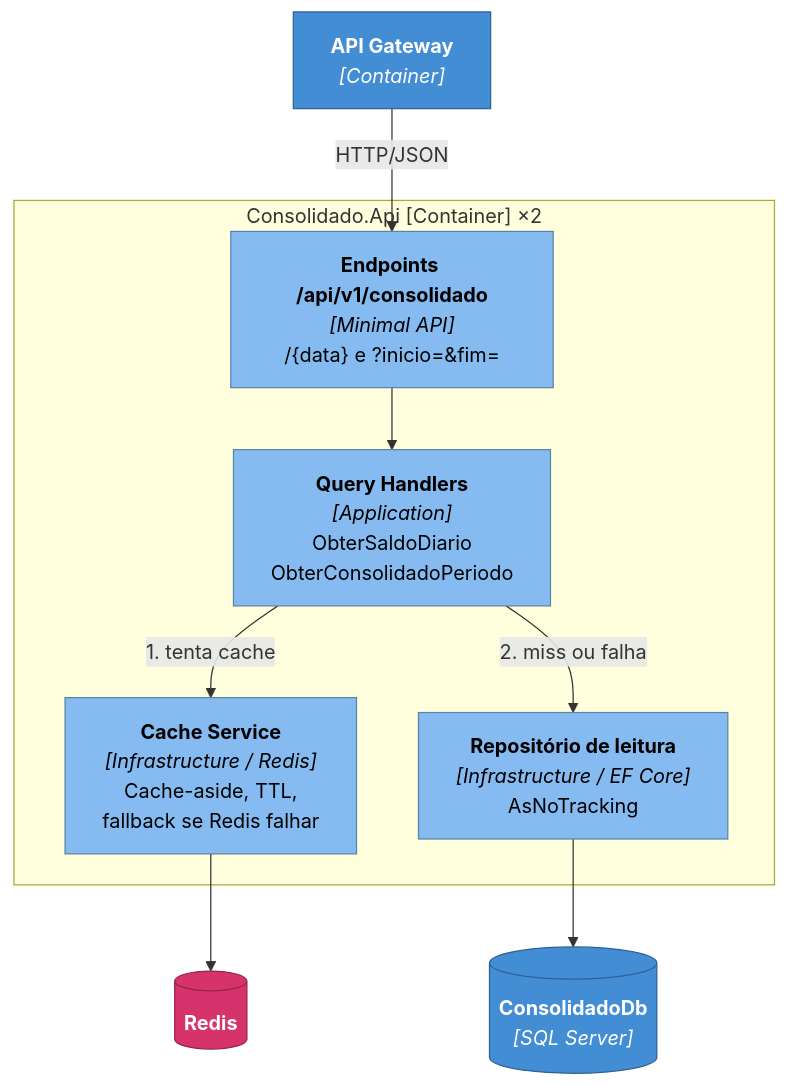
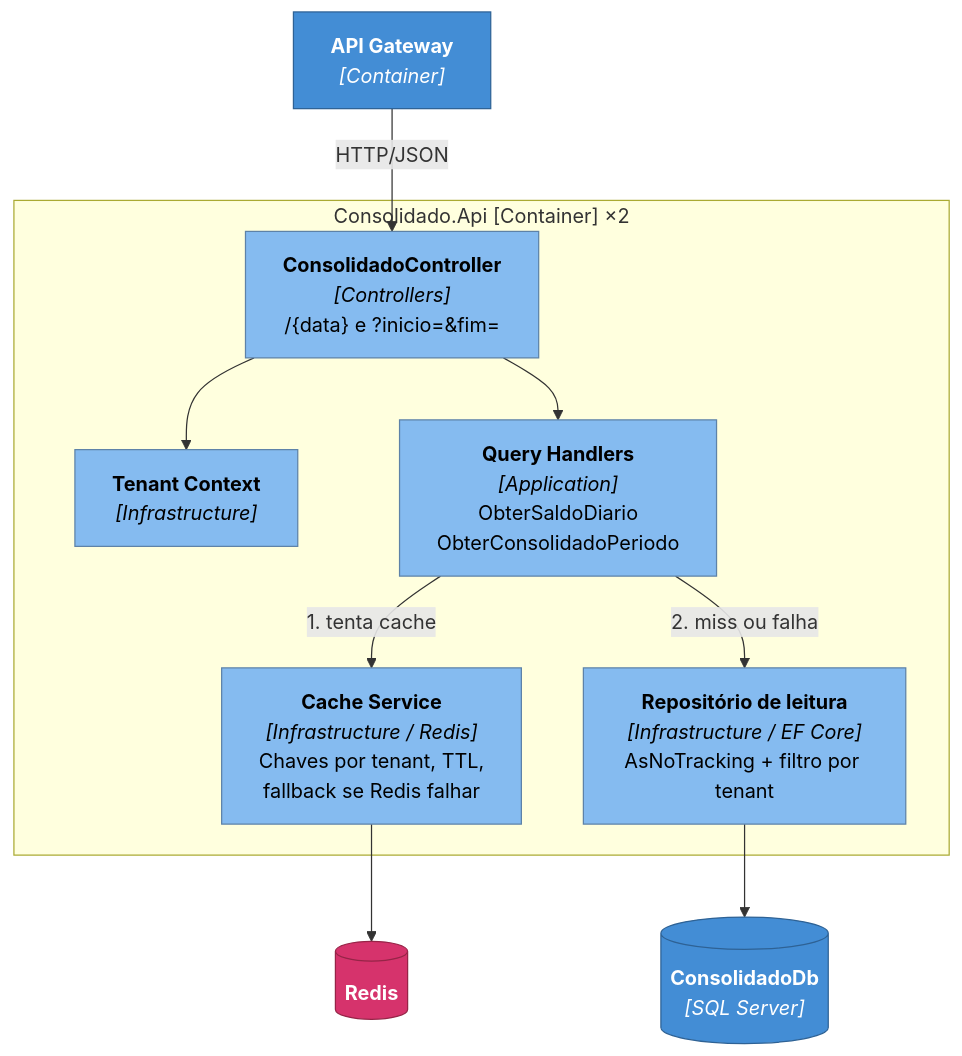
Before and after one commit to igorwaterloo/Verx-desafio20260922: the fifth of 6 diagrams in docs/architecture/c4-3-componentes.md, drawn with Mermaid. The commit also changed other lines of this file and 3 other files, not shown here.

First line of the commit message:
docs(c4): atualiza diagramas para SaaS

````diff
--- a/docs/architecture/c4-3-componentes.md
+++ b/docs/architecture/c4-3-componentes.md
@@ -82,28 +164,30 @@
 ```mermaid
 flowchart TB
     gateway["<b>API Gateway</b><br/><i>[Container]</i>"]
 
     subgraph capi["Consolidado.Api [Container] ×2"]
-        endpoints["<b>Endpoints /api/v1/consolidado</b><br/><i>[Minimal API]</i><br/>/{data} e ?inicio=&fim="]
+        ctrl["<b>ConsolidadoController</b><br/><i>[Controllers]</i><br/>/{data} e ?inicio=&fim="]
+        tctx["<b>Tenant Context</b><br/><i>[Infrastructure]</i>"]
         qry["<b>Query Handlers</b><br/><i>[Application]</i><br/>ObterSaldoDiario<br/>ObterConsolidadoPeriodo"]
-        cache["<b>Cache Service</b><br/><i>[Infrastructure / Redis]</i><br/>Cache-aside, TTL,<br/>fallback se Redis falhar"]
-        repo["<b>Repositório de leitura</b><br/><i>[Infrastructure / EF Core]</i><br/>AsNoTracking"]
+        cache["<b>Cache Service</b><br/><i>[Infrastructure / Redis]</i><br/>Chaves por tenant, TTL,<br/>fallback se Redis falhar"]
+        repo["<b>Repositório de leitura</b><br/><i>[Infrastructure / EF Core]</i><br/>AsNoTracking + filtro por tenant"]
     end
 
     redis[("<b>Redis</b>")]
     cdb[("<b>ConsolidadoDb</b><br/><i>[SQL Server]</i>")]
 
-    gateway -- "HTTP/JSON" --> endpoints
-    endpoints --> qry
+    gateway -- "HTTP/JSON" --> ctrl
+    ctrl --> tctx
+    ctrl --> qry
     qry -- "1. tenta cache" --> cache
     qry -- "2. miss ou falha" --> repo
     cache --> redis
     repo --> cdb
 
     classDef comp fill:#85bbf0,stroke:#5d82a8,color:#000
     classDef ext fill:#438dd5,stroke:#2e6295,color:#fff
     classDef cachec fill:#d6336c,stroke:#962447,color:#fff
-    class endpoints,qry,cache,repo comp
+    class ctrl,tctx,qry,cache,repo comp
     class gateway,cdb ext
     class redis cachec
 ```
````
